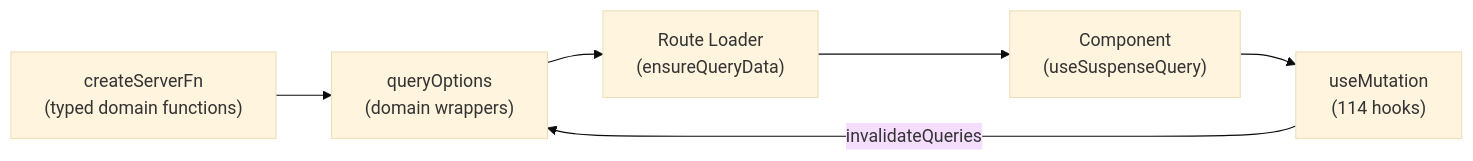
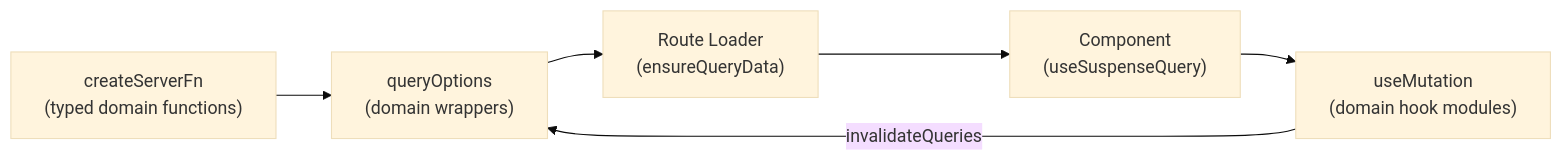
Before and after one commit to scaliuslabs/scalius-commerce-lite: the third of 3 diagrams in README.md, drawn with Mermaid (base theme). The commit also changed other lines of this file and 50 other files, not shown here.

Commit message:
Split admin mutation hooks by domain

````diff
--- a/README.md
+++ b/README.md
@@ -217,8 +217,8 @@
 ```mermaid
 flowchart LR
     SF["createServerFn<br/>(typed domain functions)"] --> QO["queryOptions<br/>(domain wrappers)"]
     QO --> L["Route Loader<br/>(ensureQueryData)"]
     L --> C["Component<br/>(useSuspenseQuery)"]
-    C --> M["useMutation<br/>(114 hooks)"]
+    C --> M["useMutation<br/>(domain hook modules)"]
     M -->|invalidateQueries| QO
 ```
````
